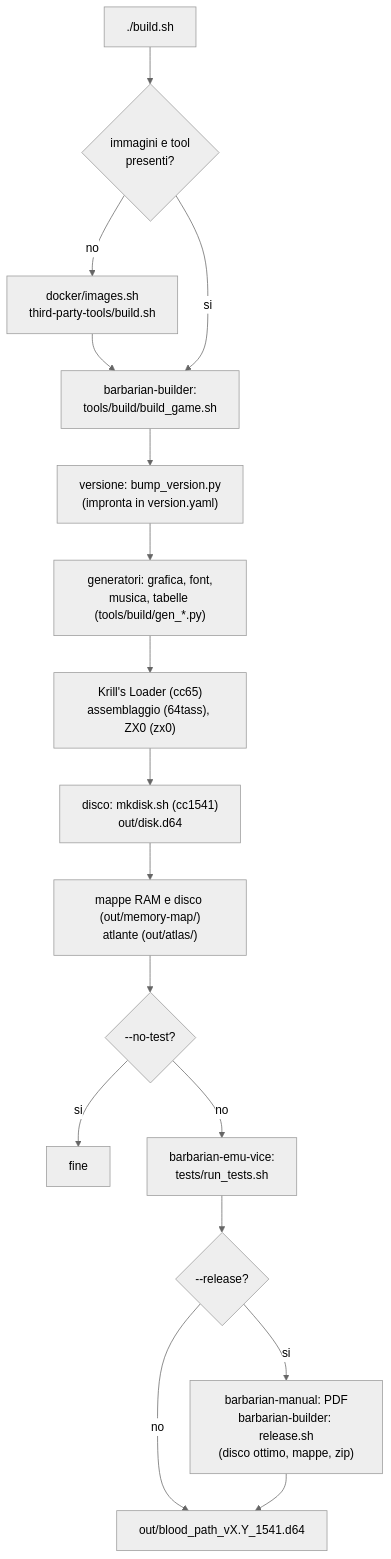
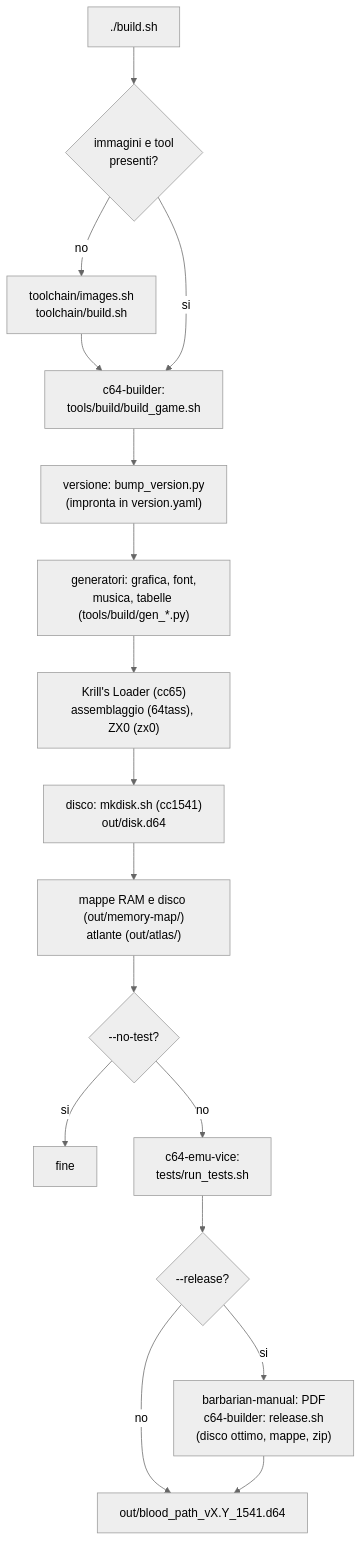
One commit to caporalesimone/barbarian-the-blood-path changed the second of 3 diagrams in docs/getting-started.md. Above: the diagram before and after it, drawn with Mermaid (neutral theme). The commit also changed other lines of this file and 209 other files, not shown here.

````diff
--- a/docs/getting-started.md
+++ b/docs/getting-started.md
@@ -87,17 +94,17 @@
 ```mermaid
 flowchart TD
   A["./build.sh"] --> C{"immagini e tool<br/>presenti?"}
-  C -->|no| D["docker/images.sh<br/>third-party-tools/build.sh"] --> E
-  C -->|si| E["barbarian-builder:<br/>tools/build/build_game.sh"]
+  C -->|no| D["toolchain/images.sh<br/>toolchain/build.sh"] --> E
+  C -->|si| E["c64-builder:<br/>tools/build/build_game.sh"]
   E --> E1["versione: bump_version.py<br/>(impronta in version.yaml)"]
   E1 --> E2["generatori: grafica, font,<br/>musica, tabelle (tools/build/gen_*.py)"]
   E2 --> E3["Krill's Loader (cc65)<br/>assemblaggio (64tass), ZX0 (zx0)"]
   E3 --> E4["disco: mkdisk.sh (cc1541)<br/>out/disk.d64"]
   E4 --> E5["mappe RAM e disco (out/memory-map/)<br/>atlante (out/atlas/)"]
   E5 --> F{"--no-test?"}
   F -->|si| Z["fine"]
-  F -->|no| G["barbarian-emu-vice:<br/>tests/run_tests.sh"]
+  F -->|no| G["c64-emu-vice:<br/>tests/run_tests.sh"]
   G --> H{"--release?"}
   H -->|no| Y["out/blood_path_vX.Y_1541.d64"]
-  H -->|si| I["barbarian-manual: PDF<br/>barbarian-builder: release.sh<br/>(disco ottimo, mappe, zip)"] --> Y
+  H -->|si| I["barbarian-manual: PDF<br/>c64-builder: release.sh<br/>(disco ottimo, mappe, zip)"] --> Y
 ```
````
